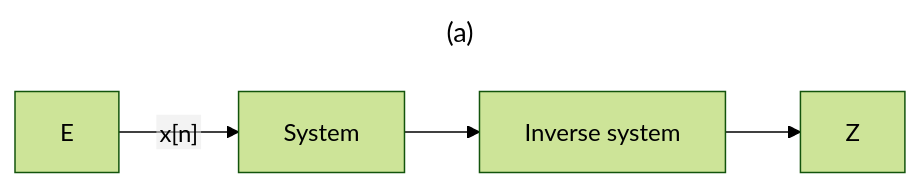
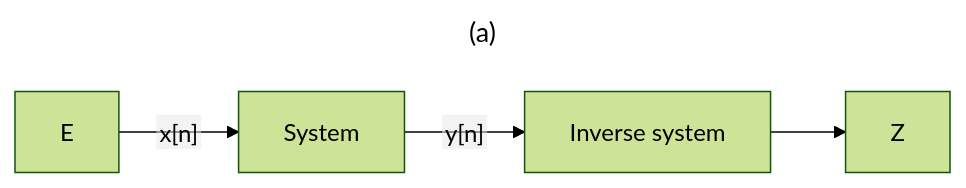
The sixth of 6 diagrams in signal-processing/kutz/5/README.md (setrar/dsp), drawn with Mermaid (forest theme) before and after one commit.

````diff
--- a/signal-processing/kutz/5/README.md
+++ b/signal-processing/kutz/5/README.md
@@ -147,10 +147,10 @@
 ```mermaid
 ---
 title: (a)
 ---
 %%{init: {"flowchart": {"htmlLabels": false}} }%%
 flowchart LR
     E -->|"x[n]"| F[System]
-    F --> G[Inverse system]
+    F -->|"y[n]"| G[Inverse system]
     G --> Z
 ```
````
